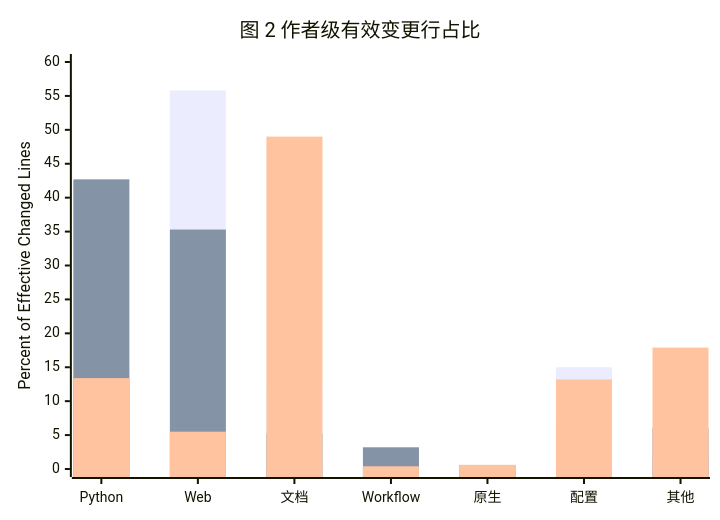
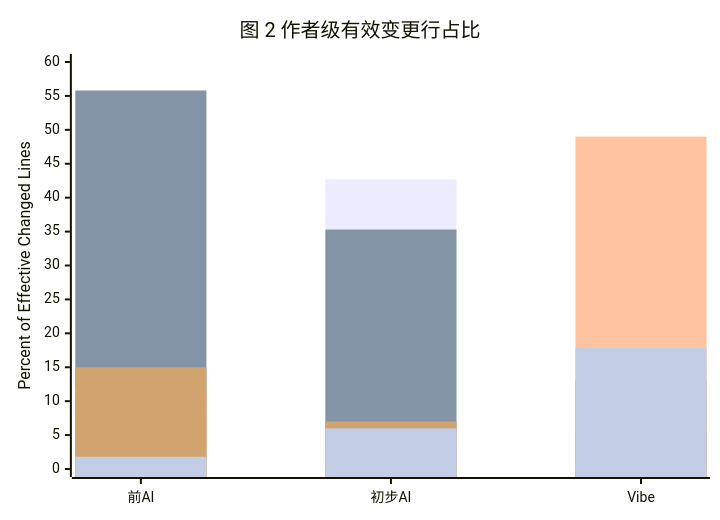
Before and after one commit to HansBug/HansBug.github.io: the sixth of 10 diagrams in src/content/blog/llm/from-trench-to-command-desk-ai-writing-coding-productivity.md, drawn with Mermaid. The commit also changed other lines of this file, not shown here.

````diff
--- a/src/content/blog/llm/from-trench-to-command-desk-ai-writing-coding-productivity.md
+++ b/src/content/blog/llm/from-trench-to-command-desk-ai-writing-coding-productivity.md
@@ -261,11 +265,15 @@
 ```mermaid
-%% series-labels: 前AI|初步AI|Vibe
-%% series-colors: #8fd6ff|#f2c16d|#8fe1ba
+%% series-labels: Python生态|Web/Node前端|文档/写作|工程化/Workflow|原生/系统|配置/元数据|其他
+%% series-colors: #5aa9e6|#7fc8a9|#f2c14e|#ef476f|#6c5ce7|#8d99ae|#ff9f1c
 xychart-beta
     title "图 2 作者级有效变更行占比"
-    x-axis ["Python", "Web", "文档", "Workflow", "原生", "配置", "其他"]
+    x-axis ["前AI", "初步AI", "Vibe"]
     y-axis "Percent of Effective Changed Lines" 0 --> 60
-    bar [14.3, 55.8, 11.8, 1.2, 0.0, 15.0, 1.8]
-    bar [42.7, 35.3, 5.2, 3.2, 0.6, 7.0, 6.0]
-    bar [13.4, 5.5, 49.0, 0.4, 0.6, 13.2, 17.9]
+    bar [14.3, 42.7, 13.4]
+    bar [55.8, 35.3, 5.5]
+    bar [11.8, 5.2, 49.0]
+    bar [1.2, 3.2, 0.4]
+    bar [0.0, 0.6, 0.6]
+    bar [15.0, 7.0, 13.2]
+    bar [1.8, 6.0, 17.9]
 ```
````
